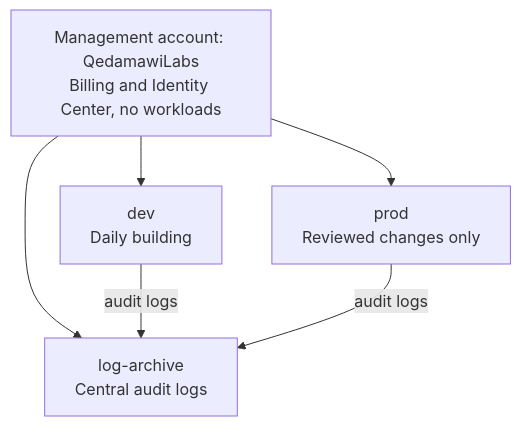
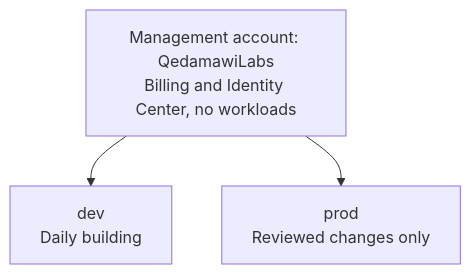
One commit to Zerubabel-J/tracehome-platform changed the third of 9 diagrams in ARCHITECTURE.md. Above: the diagram before and after it, drawn with Mermaid. The commit also changed other lines of this file and 2 other files, not shown here.

````diff
--- a/ARCHITECTURE.md
+++ b/ARCHITECTURE.md
@@ -89,12 +157,8 @@
 ```mermaid
 flowchart TB
     org["Management account: QedamawiLabs<br/>Billing and Identity Center, no workloads"]
-    logs["log-archive<br/>Central audit logs"]
     dev["dev<br/>Daily building"]
     prod["prod<br/>Reviewed changes only"]
-    org --> logs
     org --> dev
     org --> prod
-    dev -- "audit logs" --> logs
-    prod -- "audit logs" --> logs
 ```
````
